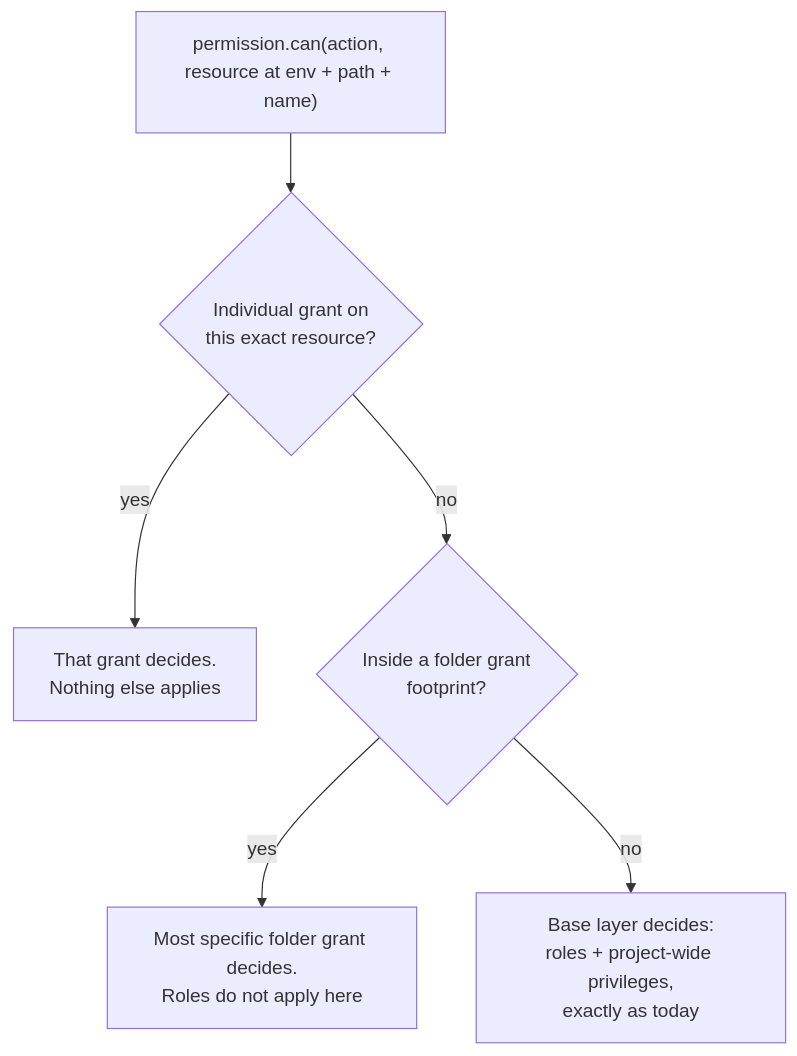
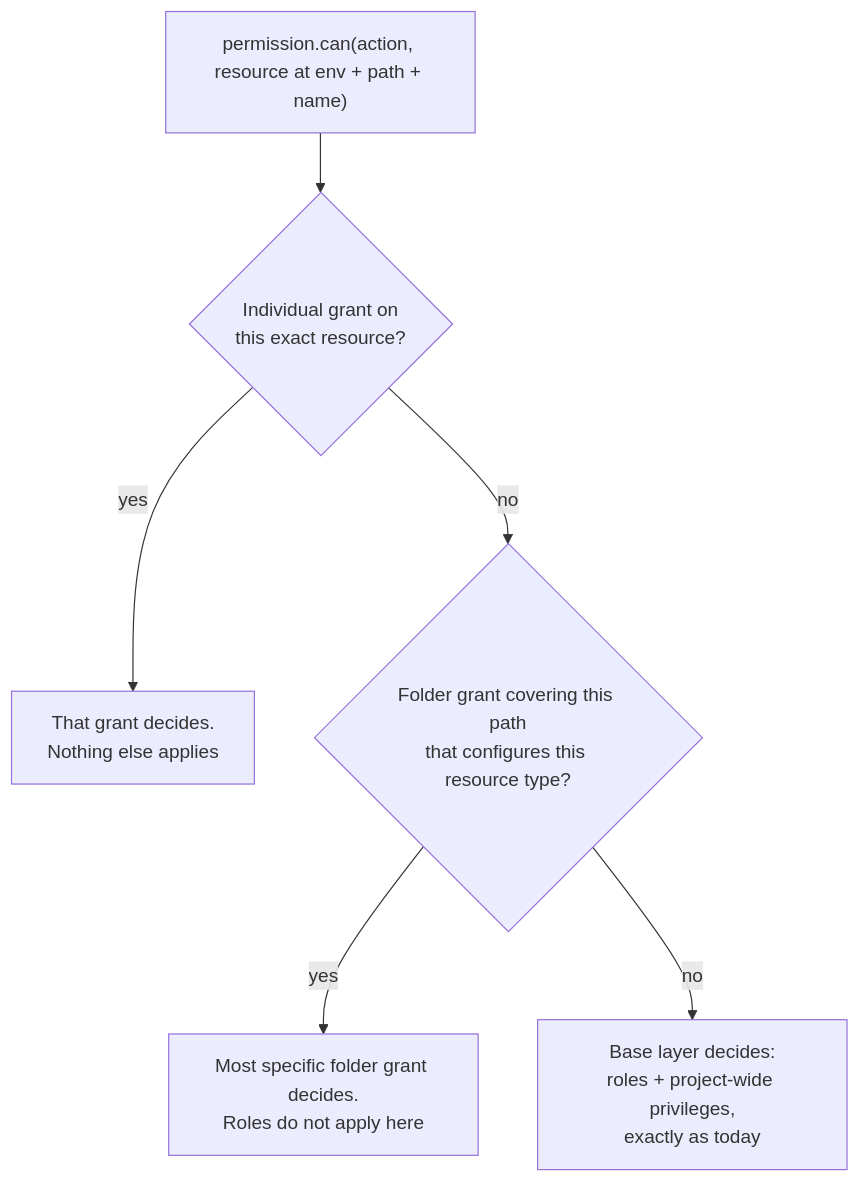
The first of 2 diagrams in access-revamp-design-doc.md (Infisical/infisical), drawn with Mermaid before and after one commit. The commit also changed other lines of this file, not shown here.

````diff
--- a/access-revamp-design-doc.md
+++ b/access-revamp-design-doc.md
@@ -90,8 +125,8 @@
 ```mermaid
 flowchart TD
   C["permission.can(action, resource at env + path + name)"] --> I{"Individual grant on<br/>this exact resource?"}
   I -->|yes| IG["That grant decides.<br/>Nothing else applies"]
-  I -->|no| F{"Inside a folder grant<br/>footprint?"}
+  I -->|no| F{"Folder grant covering this path<br/>that configures this resource type?"}
   F -->|yes| FG["Most specific folder grant decides.<br/>Roles do not apply here"]
   F -->|no| B["Base layer decides:<br/>roles + project-wide privileges,<br/>exactly as today"]
 ```
````
